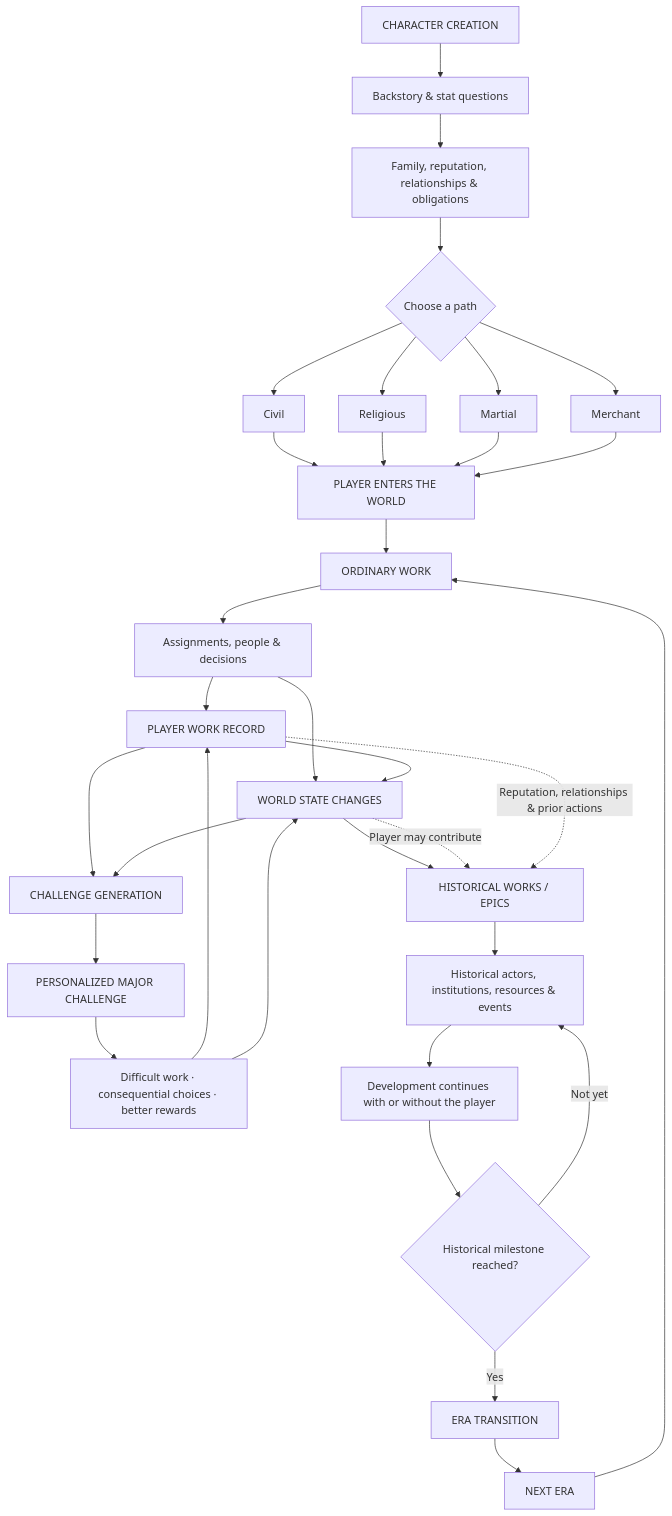
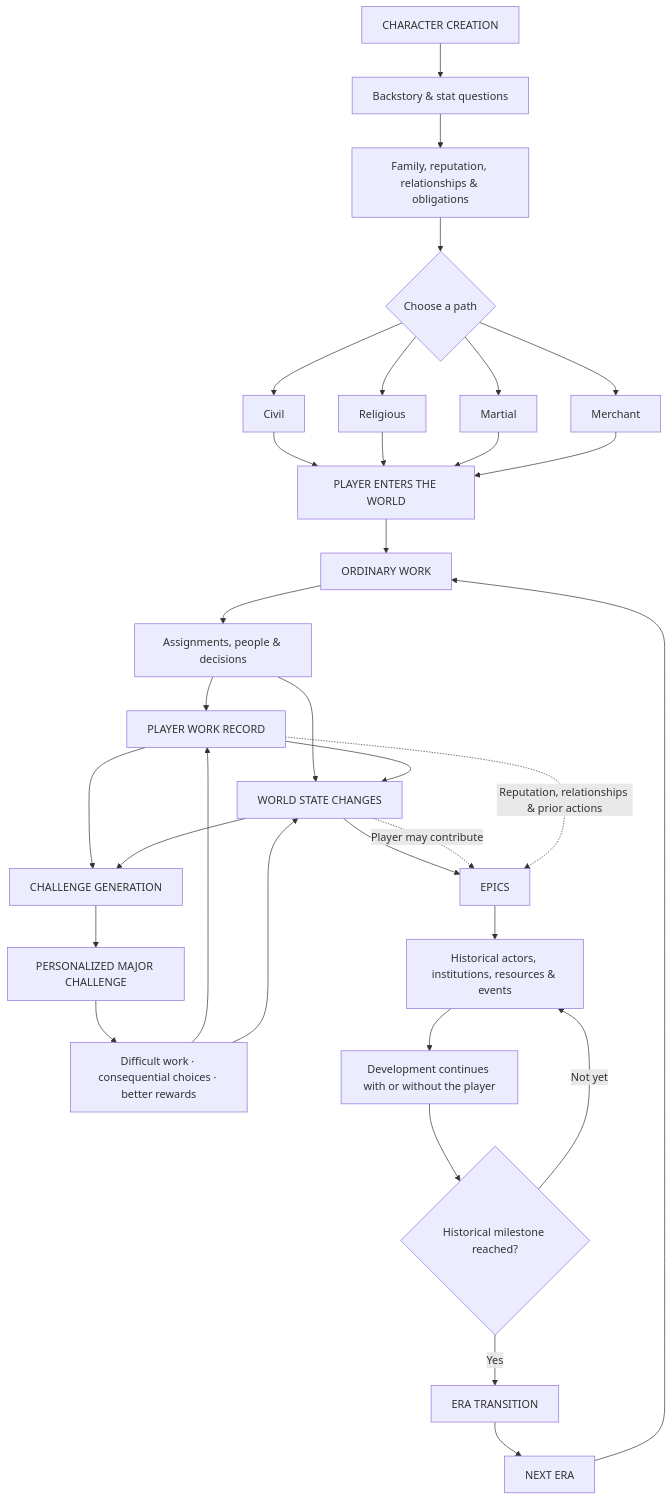
One commit to JawnGrimm/SoE changed the diagram in README.md. Above: the diagram before and after it, drawn with Mermaid. The commit also changed other lines of this file, not shown here.

Commit message:
Define Work Record Challenges and autonomous Epics terminology

```diff
--- a/README.md
+++ b/README.md
@@ -19,40 +19,40 @@
 ~~~mermaid
 flowchart TD
     A["CHARACTER CREATION"] --> B["Backstory & stat questions"]
     B --> C["Family, reputation, relationships & obligations"]
     C --> D{"Choose a path"}
 
     D --> P1["Civil"]
     D --> P2["Religious"]
     D --> P3["Martial"]
     D --> P4["Merchant"]
 
     P1 --> E["PLAYER ENTERS THE WORLD"]
     P2 --> E
     P3 --> E
     P4 --> E
 
     E --> F["ORDINARY WORK"]
     F --> G["Assignments, people & decisions"]
     G --> H["PLAYER WORK RECORD"]
     G --> W["WORLD STATE CHANGES"]
     H --> W
 
     H --> I["CHALLENGE GENERATION"]
     W --> I
     I --> J["PERSONALIZED MAJOR CHALLENGE"]
     J --> K["Difficult work · consequential choices · better rewards"]
     K --> H
     K --> W
 
-    W --> L["HISTORICAL WORKS / EPICS"]
+    W --> L["EPICS"]
     L --> M["Historical actors, institutions, resources & events"]
     M --> N["Development continues with or without the player"]
     W -. "Player may contribute" .-> L
     H -. "Reputation, relationships & prior actions" .-> L
     N --> O{"Historical milestone reached?"}
     O -- "Not yet" --> M
     O -- "Yes" --> Q["ERA TRANSITION"]
     Q --> R["NEXT ERA"]
     R --> F
 ~~~
```
